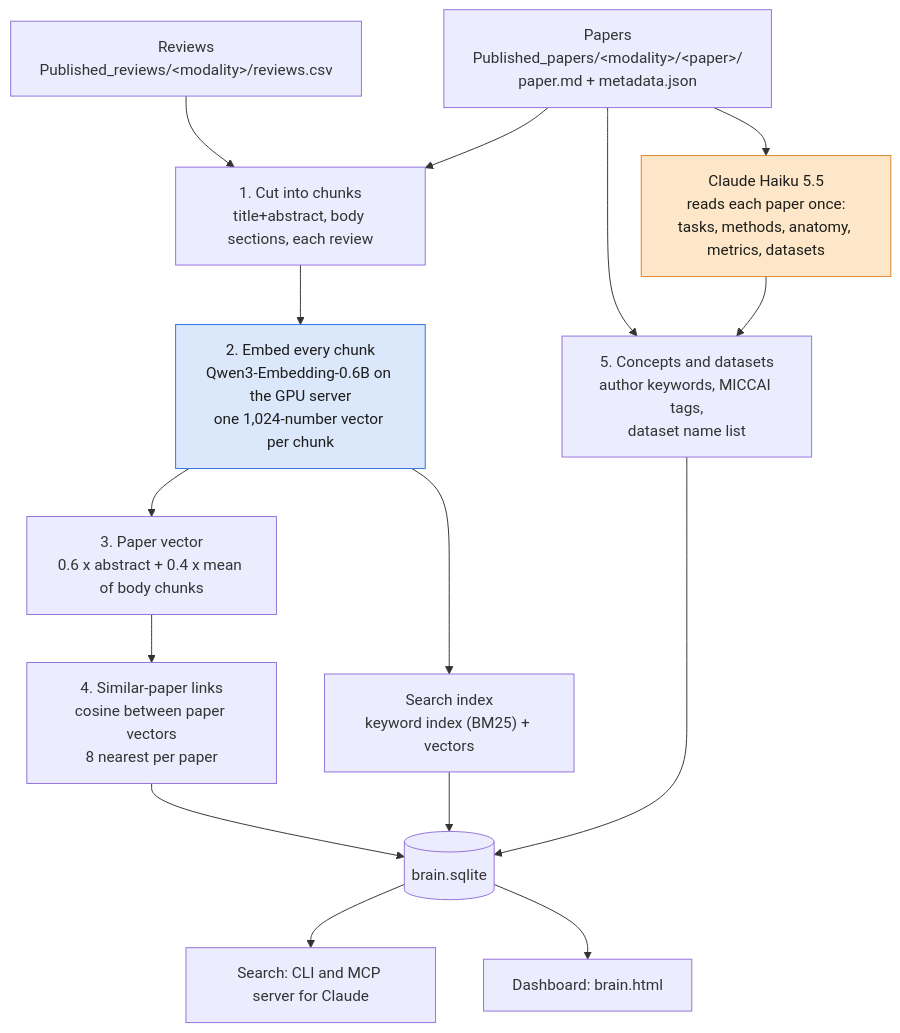
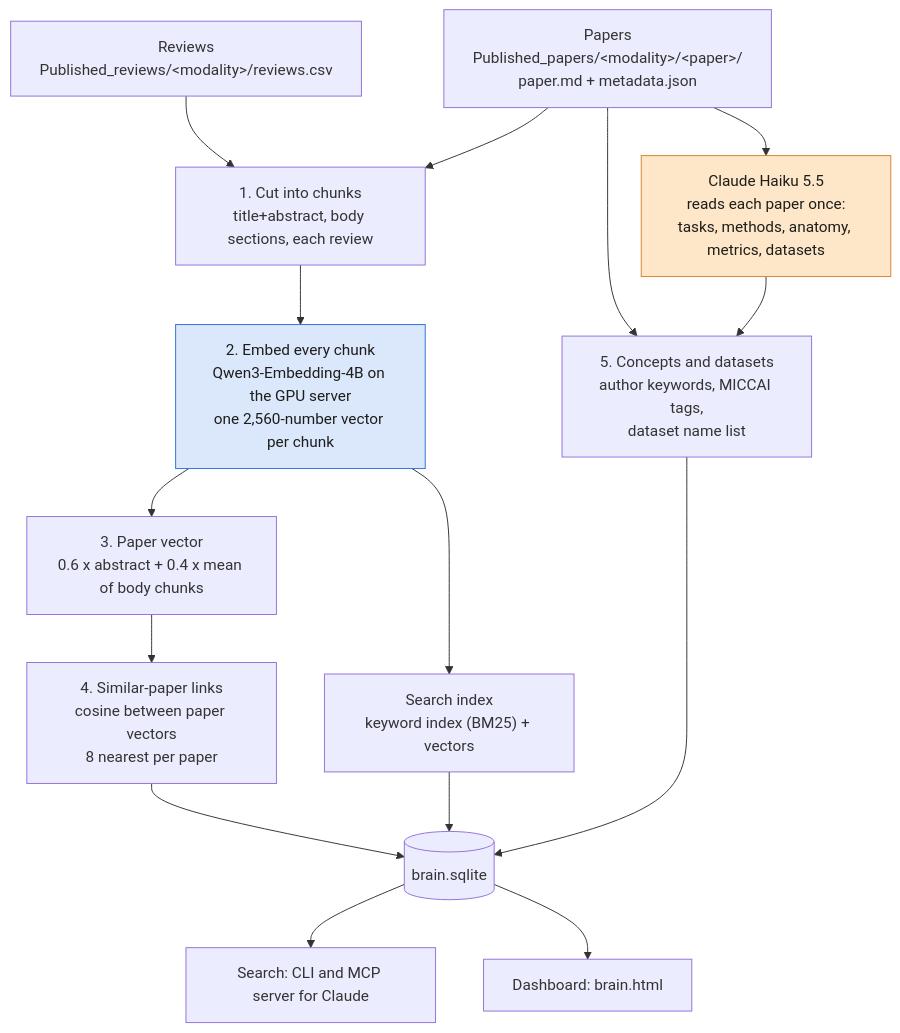
The first of 3 diagrams in reports/miccai_brain/README.md (maystroh/miccai2026_foragents), drawn with Mermaid before and after one commit. The commit also changed other lines of this file, not shown here.

First line of the commit message:
Update the MICCAI brain README for the Qwen3-Embedding-4B build

````diff
--- a/reports/miccai_brain/README.md
+++ b/reports/miccai_brain/README.md
@@ -14,24 +14,24 @@
 ```mermaid
 flowchart TD
     A["Papers<br/>Published_papers/&lt;modality&gt;/&lt;paper&gt;/<br/>paper.md + metadata.json"] --> C
     B["Reviews<br/>Published_reviews/&lt;modality&gt;/reviews.csv"] --> C
     C["1. Cut into chunks<br/>title+abstract, body sections, each review"] --> D
-    D["2. Embed every chunk<br/>Qwen3-Embedding-0.6B on the GPU server<br/>one 1,024-number vector per chunk"] --> E
+    D["2. Embed every chunk<br/>Qwen3-Embedding-4B on the GPU server<br/>one 2,560-number vector per chunk"] --> E
     D --> F
     E["3. Paper vector<br/>0.6 x abstract + 0.4 x mean of body chunks"] --> G
     G["4. Similar-paper links<br/>cosine between paper vectors<br/>8 nearest per paper"]
     A --> H["5. Concepts and datasets<br/>author keywords, MICCAI tags,<br/>dataset name list"]
     A --> I["Claude Haiku 5.5<br/>reads each paper once:<br/>tasks, methods, anatomy, metrics, datasets"]
     I --> H
     F["Search index<br/>keyword index (BM25) + vectors"]
     G --> J[("brain.sqlite")]
     H --> J
     F --> J
     J --> K["Search: CLI and MCP server for Claude"]
     J --> L["Dashboard: brain.html"]
 
     classDef llm fill:#fde7c8,stroke:#d9822b,color:#1d1d1b
     classDef gpu fill:#dbe7fb,stroke:#2f6fdf,color:#1d1d1b
     class I llm
     class D gpu
 ```
````
